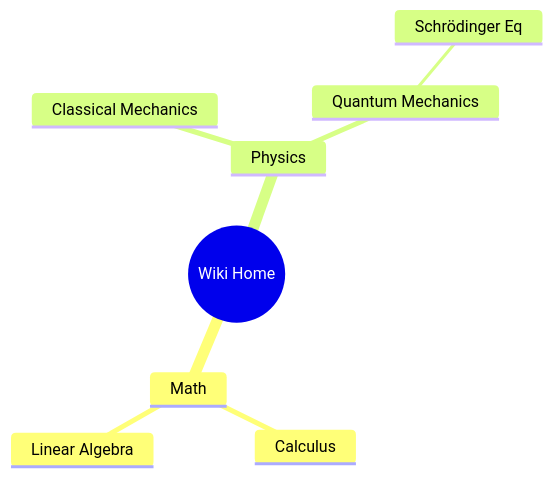
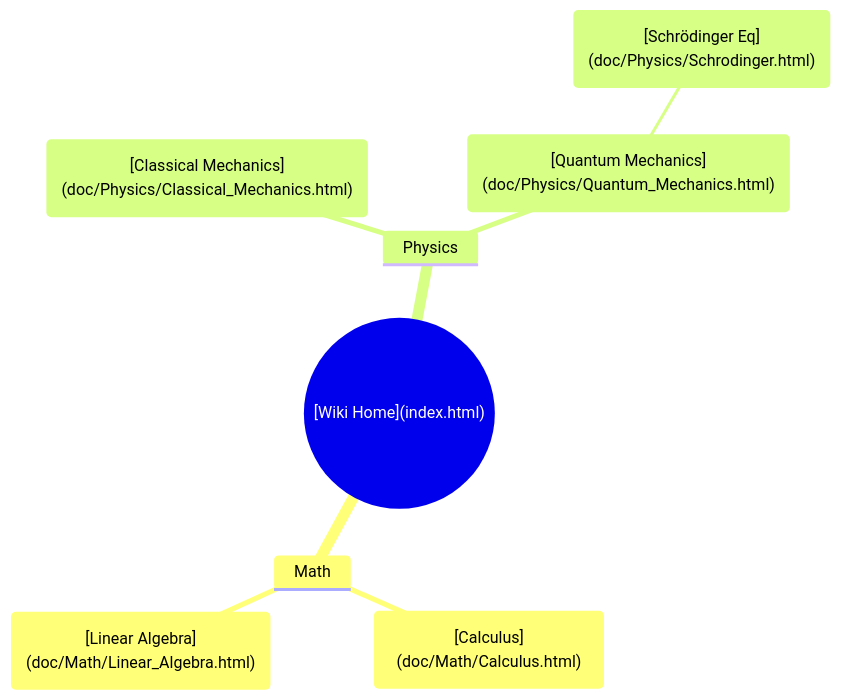
Before and after one commit to MKReyesH/ScientificWiki: the diagram in doc/Physics/example3.qmd, drawn with Mermaid. The commit also changed other lines of this file, not shown here.

Commit message:
Testing mermaid compatibility

````diff
--- a/doc/Physics/example3.qmd
+++ b/doc/Physics/example3.qmd
@@ -36,11 +36,11 @@
 ```{mermaid}
 mindmap
-  root((Wiki Home))
+  root(("`[Wiki Home](index.html)`"))
     Math
-      Calculus
-      Linear Algebra
+      calc("`[Calculus](doc/Math/Calculus.html)`")
+      linalg("`[Linear Algebra](doc/Math/Linear_Algebra.html)`")
     Physics
-      Classical Mechanics
-      Quantum Mechanics
-        Schrödinger Eq
+      cm("`[Classical Mechanics](doc/Physics/Classical_Mechanics.html)`")
+      qm("`[Quantum Mechanics](doc/Physics/Quantum_Mechanics.html)`")
+        seq("`[Schrödinger Eq](doc/Physics/Schrodinger.html)`")
 ```
````
